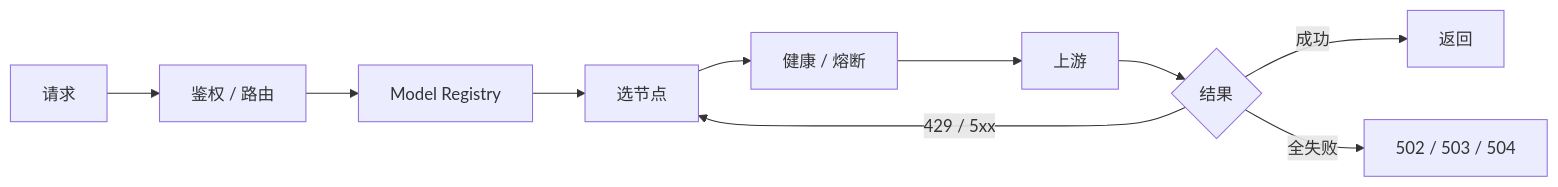
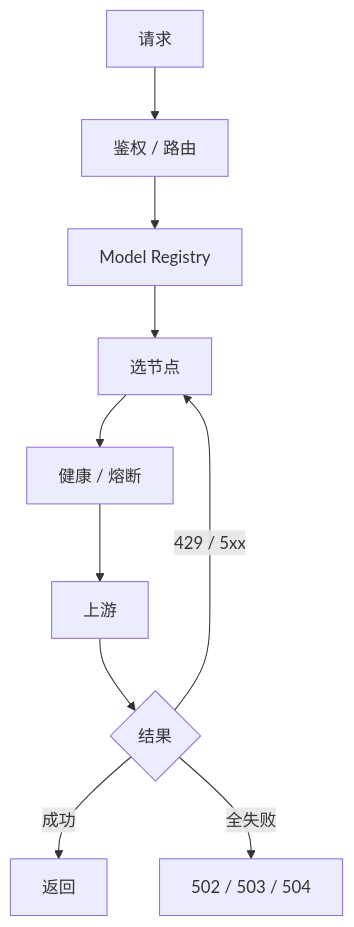
Before and after one commit to fongap/ai-gateway: the diagram in README.md, drawn with Mermaid.

Commit message:
Fix mermaid flowchart syntax in README.md

````diff
--- a/README.md
+++ b/README.md
@@ -21,12 +21,12 @@
 ```mermaid
-flowchart LR
+flowchart TB
     A[请求] --> B[鉴权 / 路由]
     B --> C[Model Registry]
     C --> D[选节点]
     D --> E[健康 / 熔断]
     E --> F[上游]
     F --> G{结果}
     G -- 成功 --> H[返回]
     G -- 429 / 5xx --> D
     G -- 全失败 --> I[502 / 503 / 504]
 ```
````
